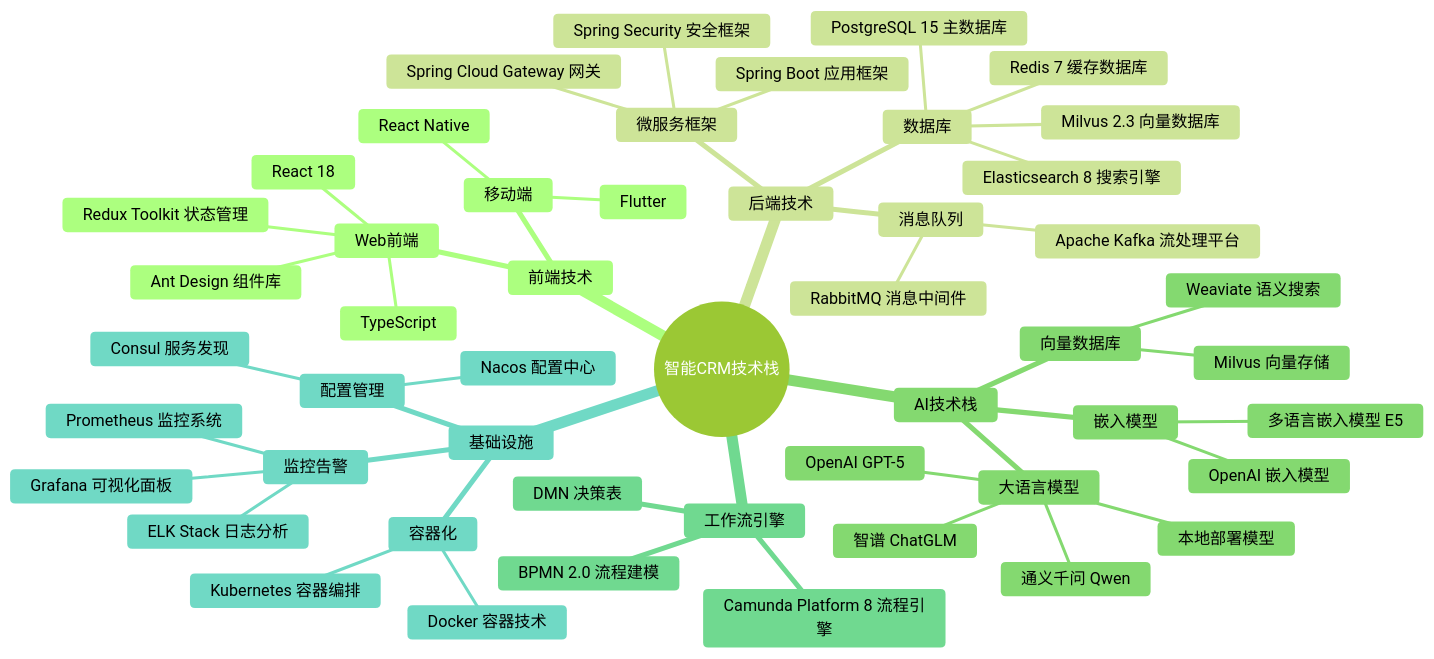
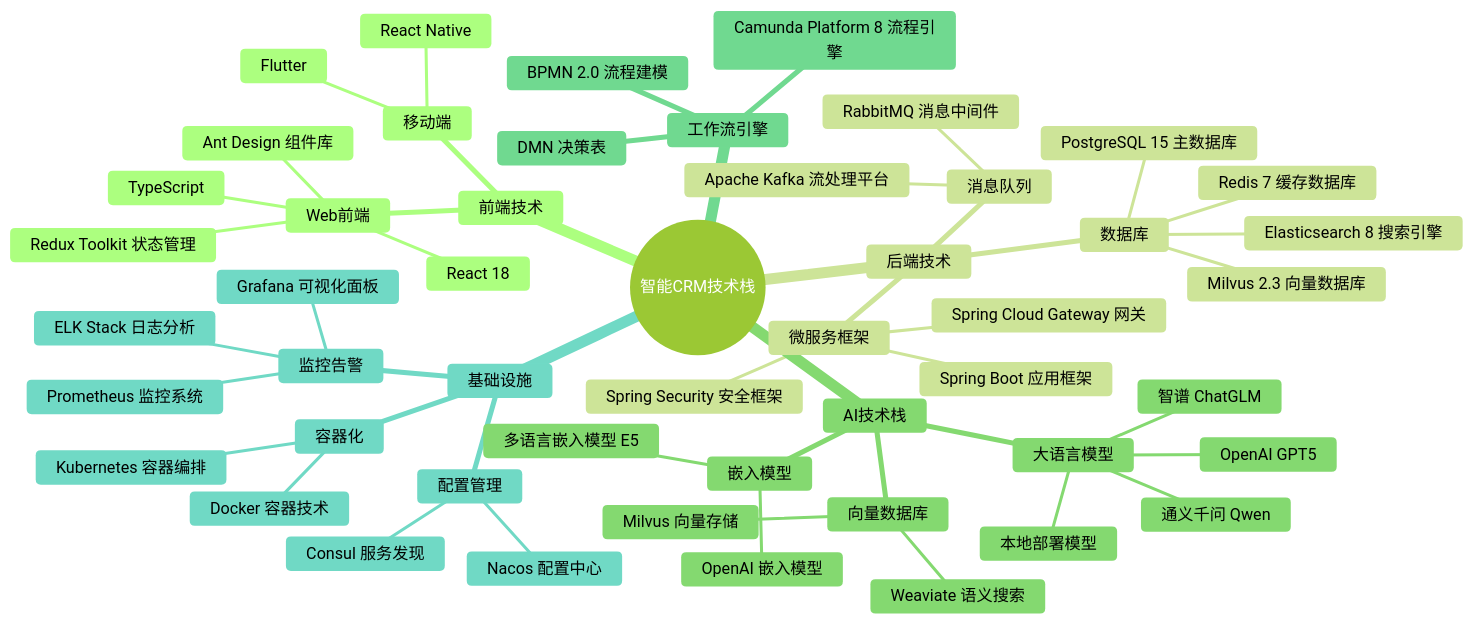
One commit to zavierd/ZHCRM changed the diagram in diagrams/technology-stack.mmd. Above: the diagram before and after it, drawn with Mermaid (forest theme). The commit also changed 2 other files, not shown here.

Commit message:
fix: 修复Mermaid图表中的语法错误
- 将GPT-5改为GPT5，避免连字符在Mermaid中被解析为减号
- 修复RAG架构图和技术栈思维导图的渲染问题
- 确保所有图表在GitHub上正常显示
- 保持AI模型版本的一致性

```diff
--- a/diagrams/technology-stack.mmd
+++ b/diagrams/technology-stack.mmd
@@ -1,51 +1,51 @@
 mindmap
   root((智能CRM技术栈))
     前端技术
       Web前端
         React 18
         TypeScript
         Ant Design 组件库
         Redux Toolkit 状态管理
       移动端
         React Native
         Flutter
     后端技术
       微服务框架
         Spring Boot 应用框架
         Spring Cloud Gateway 网关
         Spring Security 安全框架
       数据库
         PostgreSQL 15 主数据库
         Redis 7 缓存数据库
         Milvus 2.3 向量数据库
         Elasticsearch 8 搜索引擎
       消息队列
         RabbitMQ 消息中间件
         Apache Kafka 流处理平台
     AI技术栈
       大语言模型
-        OpenAI GPT-5
+        OpenAI GPT5
         本地部署模型
         通义千问 Qwen
         智谱 ChatGLM
       向量数据库
         Milvus 向量存储
         Weaviate 语义搜索
       嵌入模型
         多语言嵌入模型 E5
         OpenAI 嵌入模型
     工作流引擎
       Camunda Platform 8 流程引擎
       BPMN 2.0 流程建模
       DMN 决策表
     基础设施
       容器化
         Docker 容器技术
         Kubernetes 容器编排
       监控告警
         Prometheus 监控系统
         Grafana 可视化面板
         ELK Stack 日志分析
       配置管理
         Consul 服务发现
         Nacos 配置中心
```
